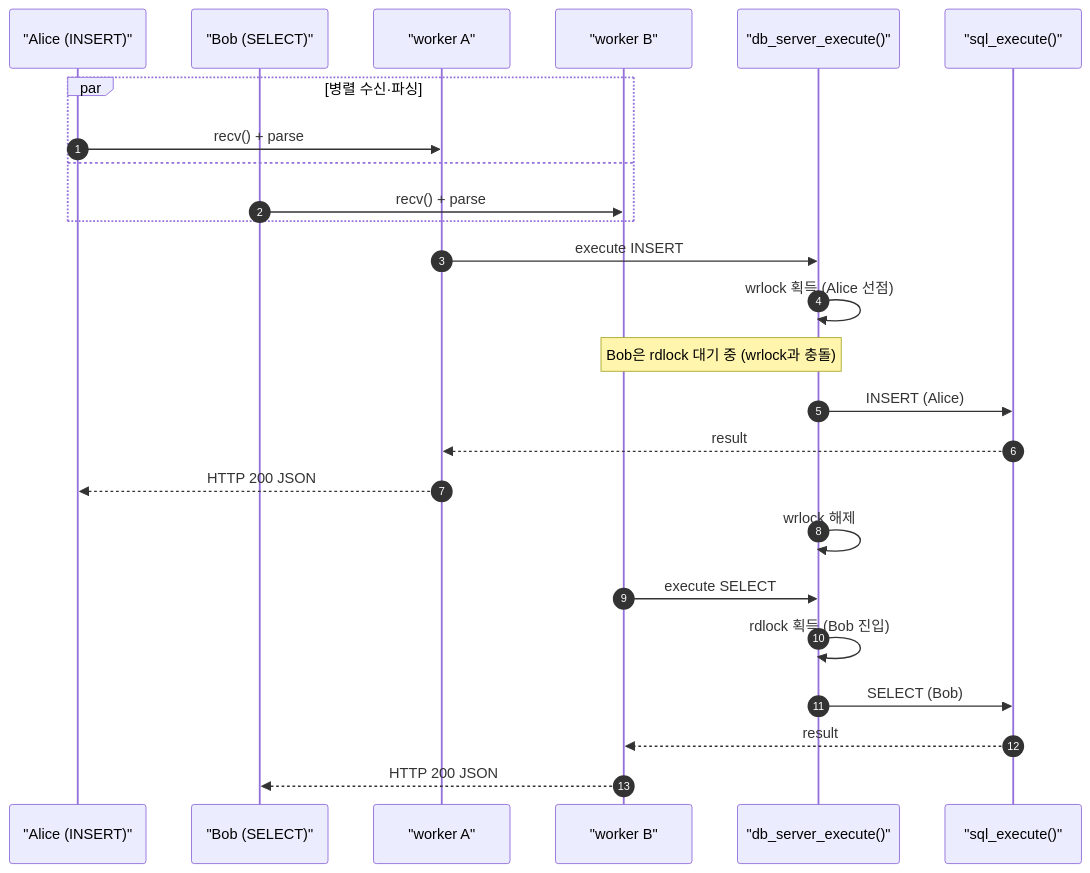
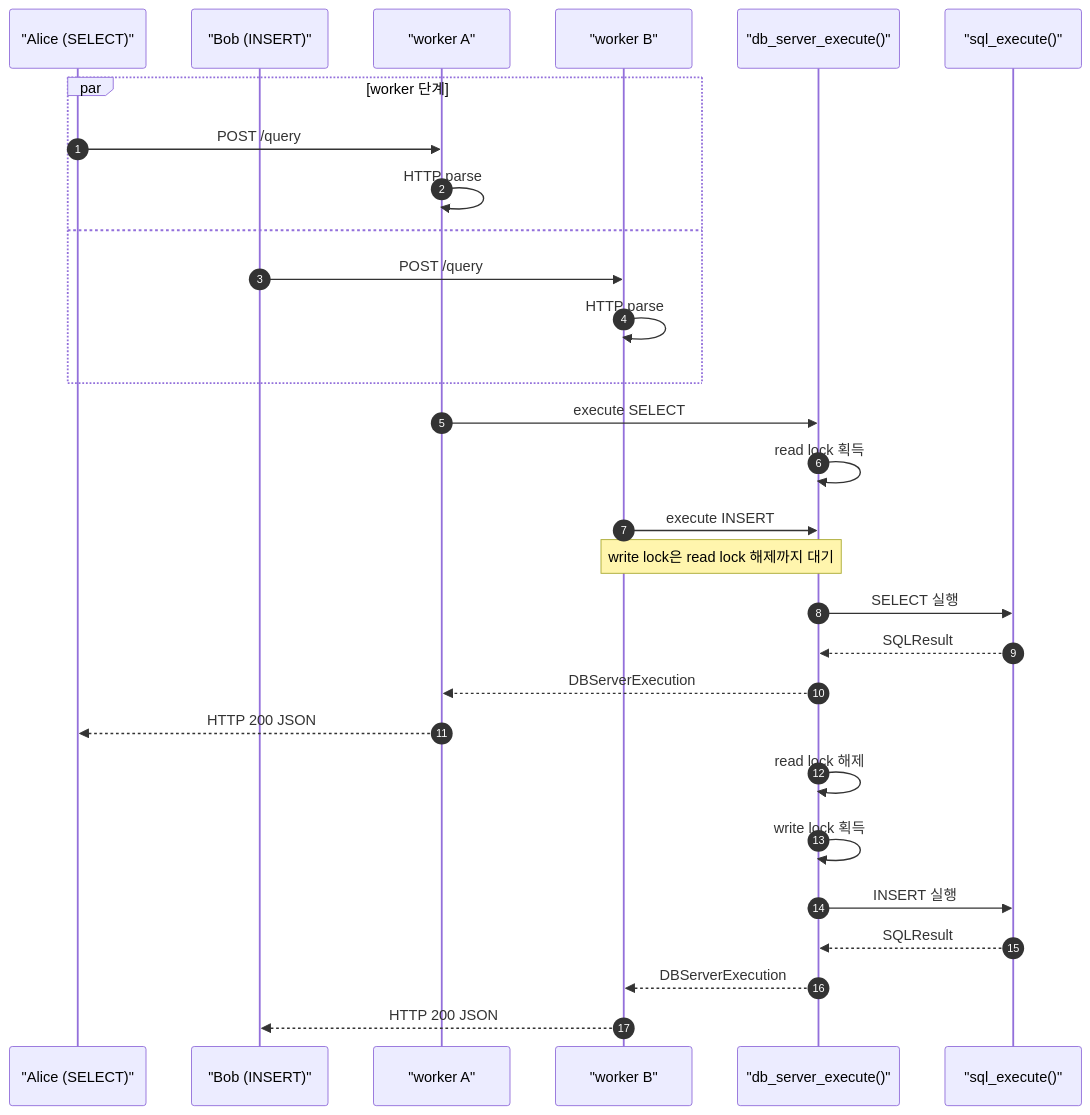
Before and after one commit to Jungle-12-303/wk8-team4-sql-api: the diagram in README.md, drawn with Mermaid. The commit also changed other lines of this file and 1 other file, not shown here.

````diff
--- a/README.md
+++ b/README.md
@@ -266,30 +71,34 @@
 ```mermaid
 sequenceDiagram
     autonumber
-    participant Alice as "Alice (INSERT)"
-    participant Bob as "Bob (SELECT)"
+    participant Alice as "Alice (SELECT)"
+    participant Bob as "Bob (INSERT)"
     participant WA as "worker A"
     participant WB as "worker B"
     participant DB as "db_server_execute()"
     participant Core as "sql_execute()"
 
-    par 병렬 수신·파싱
-        Alice->>WA: recv() + parse
+    par worker 단계
+        Alice->>WA: POST /query
+        WA->>WA: HTTP parse
     and
-        Bob->>WB: recv() + parse
+        Bob->>WB: POST /query
+        WB->>WB: HTTP parse
     end
 
-    WA->>DB: execute INSERT
-    DB->>DB: wrlock 획득 (Alice 선점)
-    Note over WB,DB: Bob은 rdlock 대기 중 (wrlock과 충돌)
-    DB->>Core: INSERT (Alice)
-    Core-->>WA: result
+    WA->>DB: execute SELECT
+    DB->>DB: read lock 획득
+    WB->>DB: execute INSERT
+    Note over WB,DB: write lock은 read lock 해제까지 대기
+    DB->>Core: SELECT 실행
+    Core-->>DB: SQLResult
+    DB-->>WA: DBServerExecution
     WA-->>Alice: HTTP 200 JSON
-    DB->>DB: wrlock 해제
+    DB->>DB: read lock 해제
 
-    WB->>DB: execute SELECT
-    DB->>DB: rdlock 획득 (Bob 진입)
-    DB->>Core: SELECT (Bob)
-    Core-->>WB: result
+    DB->>DB: write lock 획득
+    DB->>Core: INSERT 실행
+    Core-->>DB: SQLResult
+    DB-->>WB: DBServerExecution
     WB-->>Bob: HTTP 200 JSON
 ```
````
